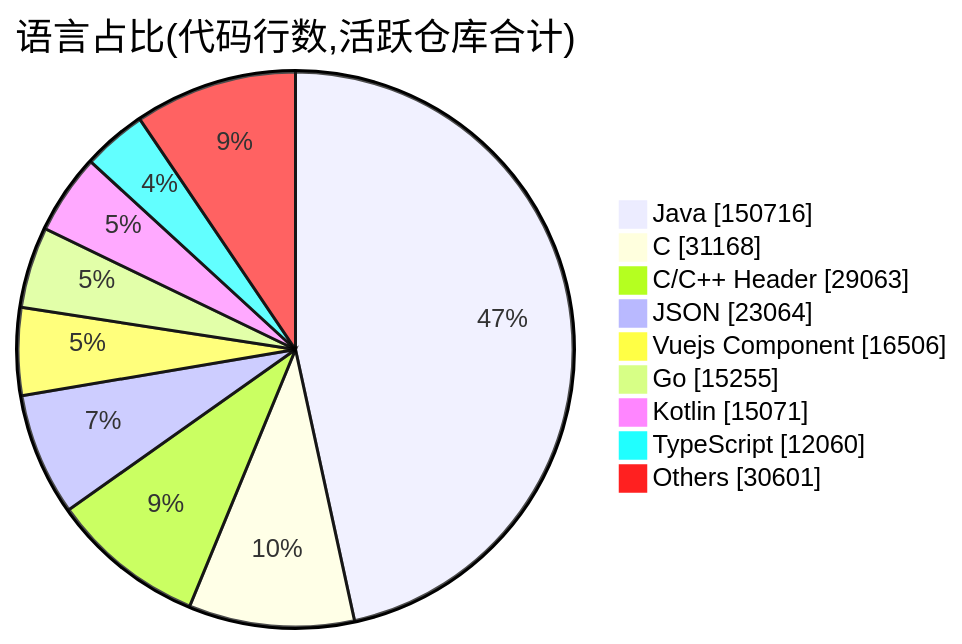
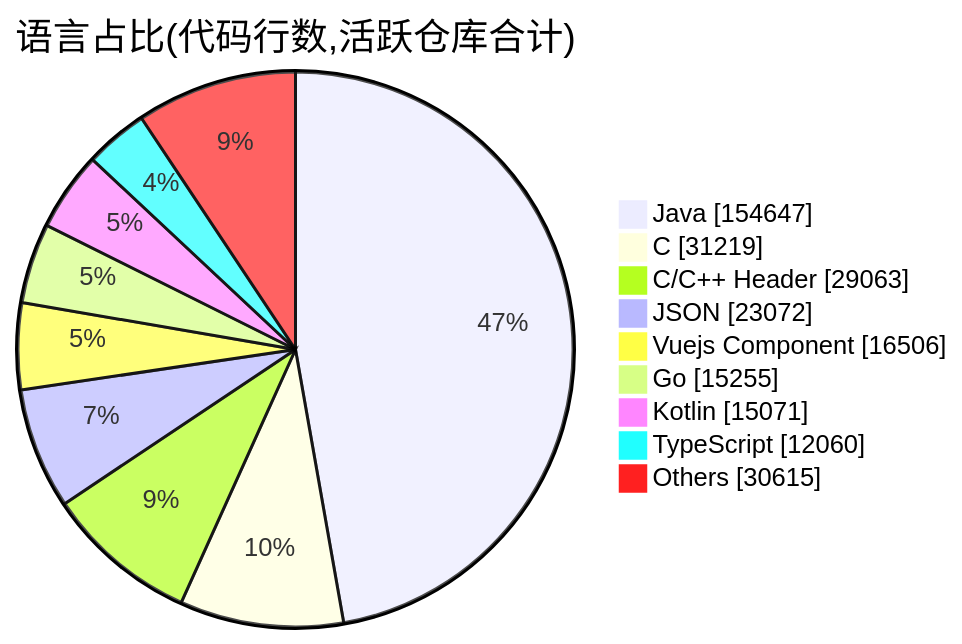
The second of 2 diagrams in profile/README.md (Conflux-Union/.github), drawn with Mermaid before and after one commit. The commit also changed other lines of this file and 1 other file, not shown here.

````diff
--- a/profile/README.md
+++ b/profile/README.md
@@ -78,13 +78,13 @@
 ```mermaid
 pie showData
     title 语言占比(代码行数,活跃仓库合计)
-    "Java" : 150716
-    "C" : 31168
+    "Java" : 154647
+    "C" : 31219
     "C/C++ Header" : 29063
-    "JSON" : 23064
+    "JSON" : 23072
     "Vuejs Component" : 16506
     "Go" : 15255
     "Kotlin" : 15071
     "TypeScript" : 12060
-    "Others" : 30601
+    "Others" : 30615
 ```
````
